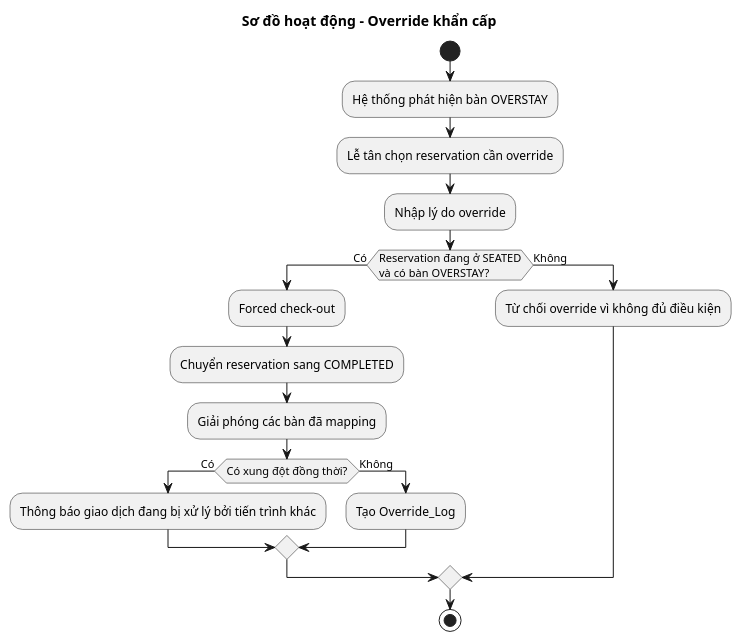
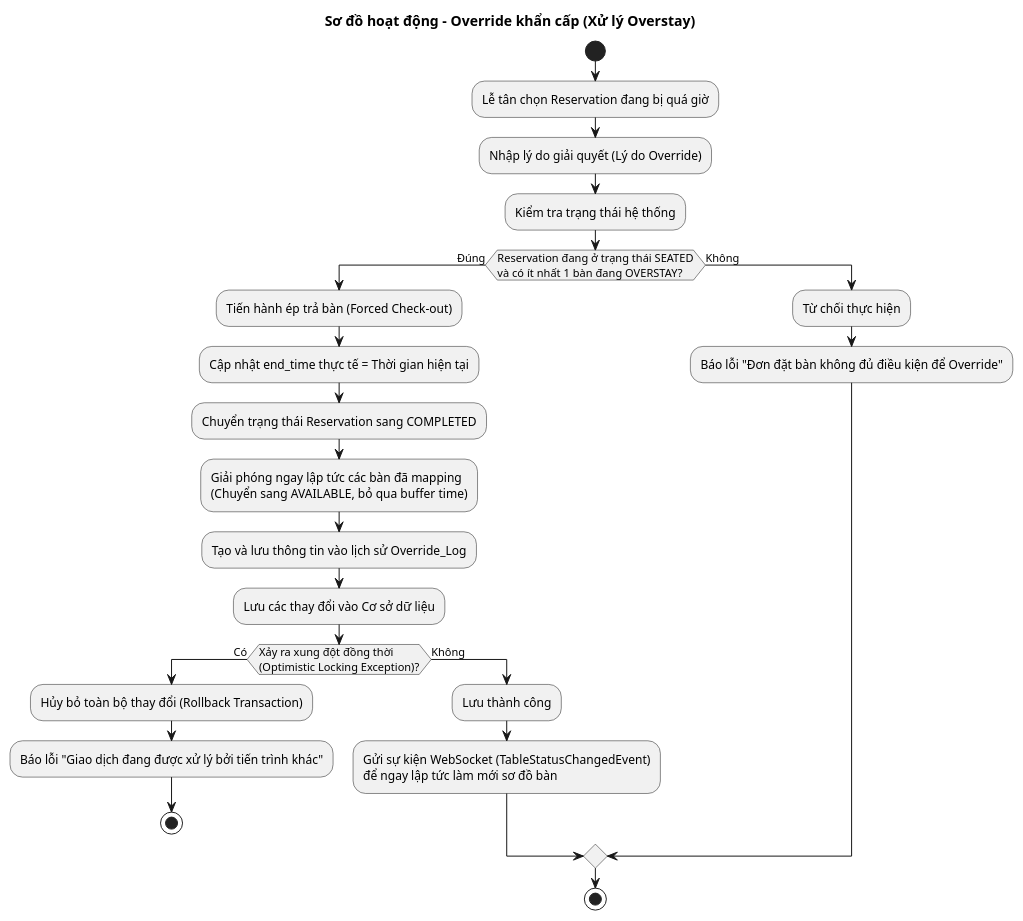
One commit to QuangLam0208/restaurant-reservation-system changed the diagram in docs/uml/activity-override.puml. Above: the diagram before and after it, drawn with PlantUML. The commit also changed 4 other files, not shown here.

```diff
--- a/docs/uml/activity-override.puml
+++ b/docs/uml/activity-override.puml
@@ -1,24 +1,35 @@
 @startuml
-title Sơ đồ hoạt động - Override khẩn cấp
+title Sơ đồ hoạt động - Override khẩn cấp (Xử lý Overstay)
 skinparam conditionStyle inside
 
 start
-:Hệ thống phát hiện bàn OVERSTAY;
-:Lễ tân chọn reservation cần override;
-:Nhập lý do override;
+:Lễ tân chọn Reservation đang bị quá giờ;
+:Nhập lý do giải quyết (Lý do Override);
 
-if (Reservation đang ở SEATED\nvà có bàn OVERSTAY?) then (Có)
-  :Forced check-out;
-  :Chuyển reservation sang COMPLETED;
-  :Giải phóng các bàn đã mapping;
-  if (Có xung đột đồng thời?) then (Có)
-    :Thông báo giao dịch đang bị xử lý bởi tiến trình khác;
+:Kiểm tra trạng thái hệ thống;
+if (Reservation đang ở trạng thái SEATED\nvà có ít nhất 1 bàn đang OVERSTAY?) then (Đúng)
+
+  :Tiến hành ép trả bàn (Forced Check-out);
+  :Cập nhật end_time thực tế = Thời gian hiện tại;
+  :Chuyển trạng thái Reservation sang COMPLETED;
+
+  :Giải phóng ngay lập tức các bàn đã mapping\n(Chuyển sang AVAILABLE, bỏ qua buffer time);
+  :Tạo và lưu thông tin vào lịch sử Override_Log;
+
+  :Lưu các thay đổi vào Cơ sở dữ liệu;
+  if (Xảy ra xung đột đồng thời\n(Optimistic Locking Exception)?) then (Có)
+    :Hủy bỏ toàn bộ thay đổi (Rollback Transaction);
+    :Báo lỗi "Giao dịch đang được xử lý bởi tiến trình khác";
+    stop
   else (Không)
-    :Tạo Override_Log;
+    :Lưu thành công;
+    :Gửi sự kiện WebSocket (TableStatusChangedEvent)\nđể ngay lập tức làm mới sơ đồ bàn;
   endif
+
 else (Không)
-  :Từ chối override vì không đủ điều kiện;
+  :Từ chối thực hiện;
+  :Báo lỗi "Đơn đặt bàn không đủ điều kiện để Override";
 endif
 
 stop
 @enduml
```
